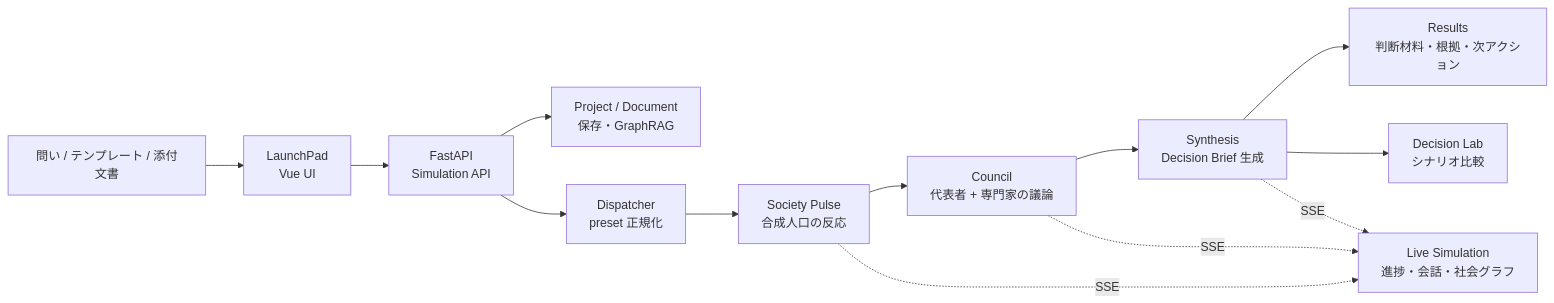
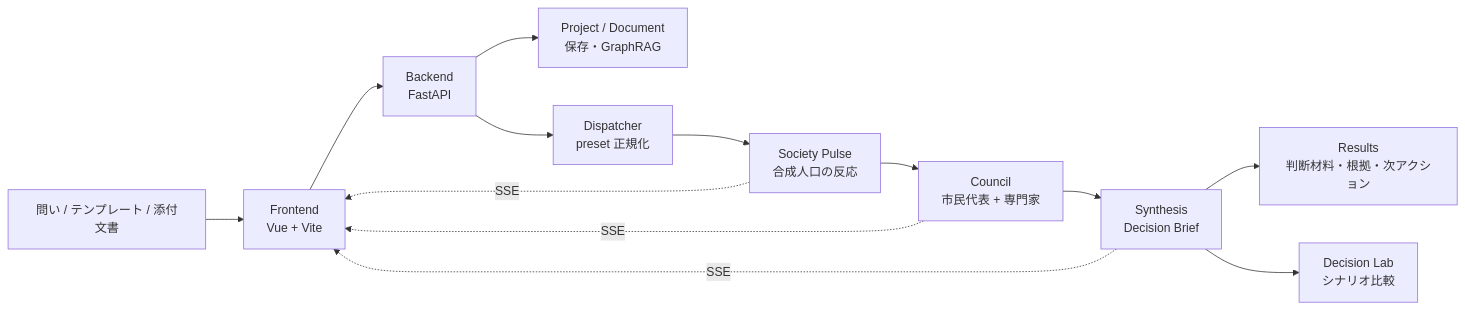
One commit to usagi917/agoraAI changed the diagram in README.md. Above: the diagram before and after it, drawn with Mermaid. The commit also changed other lines of this file and 1 other file, not shown here.

````diff
--- a/README.md
+++ b/README.md
@@ -27,15 +163,15 @@
 ```mermaid
 flowchart LR
-    Q["問い / テンプレート / 添付文書"] --> L["LaunchPad<br/>Vue UI"]
-    L --> A["FastAPI<br/>Simulation API"]
+    Q["問い / テンプレート / 添付文書"] --> F["Frontend<br/>Vue + Vite"]
+    F --> A["Backend<br/>FastAPI"]
     A --> P["Project / Document<br/>保存・GraphRAG"]
     A --> D["Dispatcher<br/>preset 正規化"]
     D --> S["Society Pulse<br/>合成人口の反応"]
-    S --> C["Council<br/>代表者 + 専門家の議論"]
-    C --> Y["Synthesis<br/>Decision Brief 生成"]
-    Y --> R["Results<br/>判断材料・根拠・次アクション"]
-    Y --> X["Decision Lab<br/>シナリオ比較"]
-    S -. SSE .-> V["Live Simulation<br/>進捗・会話・社会グラフ"]
-    C -. SSE .-> V
-    Y -. SSE .-> V
+    S --> C["Council<br/>市民代表 + 専門家"]
+    C --> B["Synthesis<br/>Decision Brief"]
+    B --> R["Results<br/>判断材料・根拠・次アクション"]
+    B --> L["Decision Lab<br/>シナリオ比較"]
+    S -. SSE .-> F
+    C -. SSE .-> F
+    B -. SSE .-> F
 ```
````
